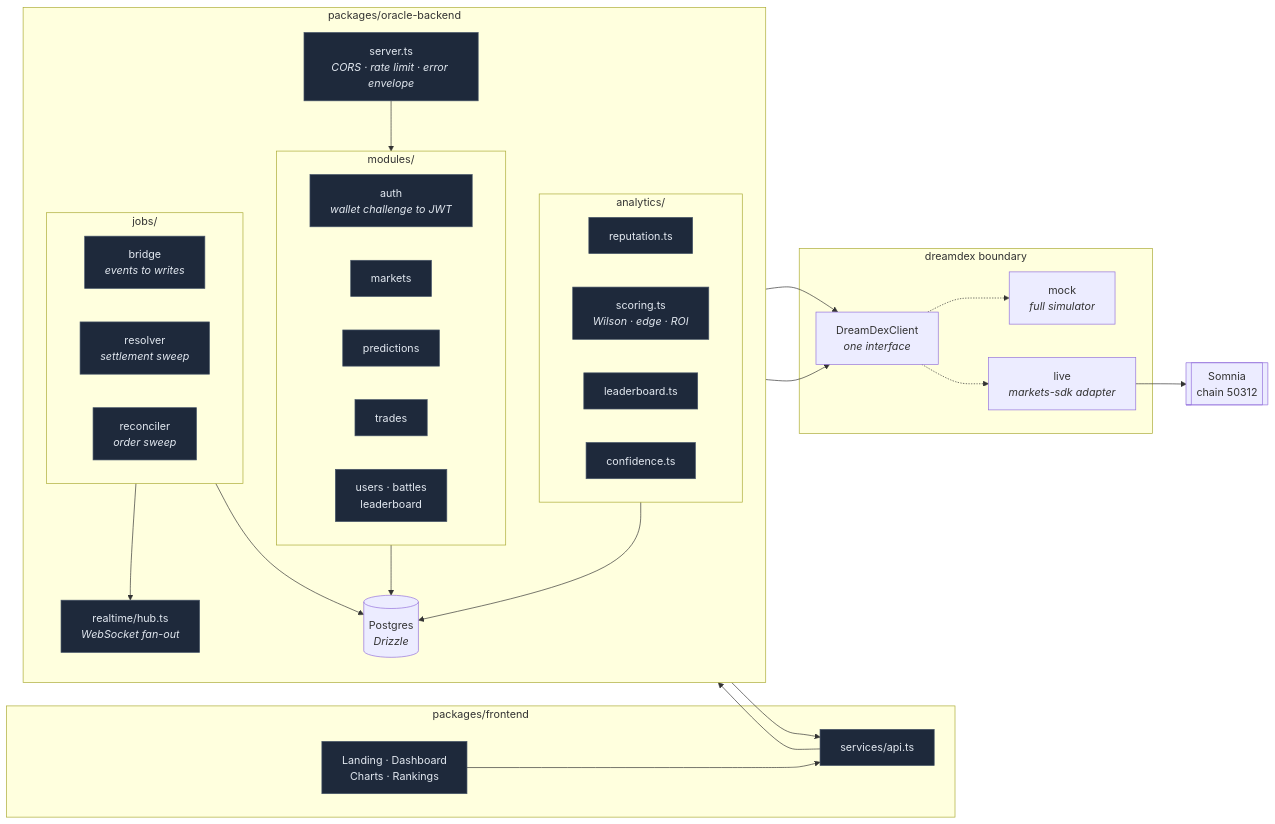
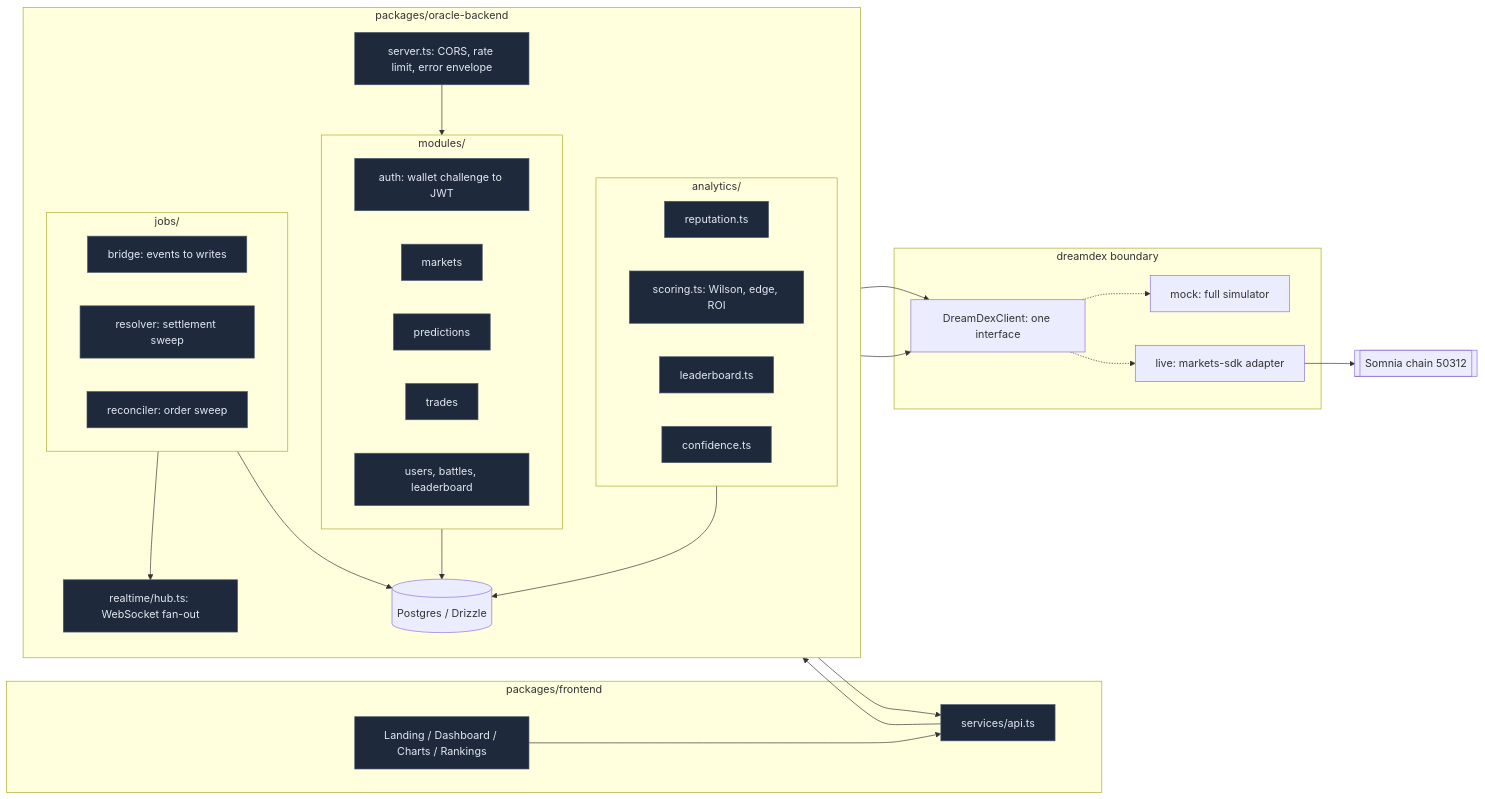
One commit to midexol/Oracle changed the second of 9 diagrams in docs/architecture.md. Above: the diagram before and after it, drawn with Mermaid. The commit also changed other lines of this file and 4 other files, not shown here.

Commit message:
Fix Mermaid diagrams rendering across documentation and add dev:frontend script

````diff
--- a/docs/architecture.md
+++ b/docs/architecture.md
@@ -78,56 +78,56 @@
 ```mermaid
-graph LR
+flowchart LR
     subgraph fe["packages/frontend"]
-        UI["Landing · Dashboard<br/>Charts · Rankings"]
+        UI["Landing / Dashboard / Charts / Rankings"]
         APIC["services/api.ts"]
     end
 
     subgraph be["packages/oracle-backend"]
         direction TB
-        HTTP["server.ts<br/><i>CORS · rate limit · error envelope</i>"]
+        HTTP["server.ts: CORS, rate limit, error envelope"]
 
         subgraph mods["modules/"]
-            AUTH["auth<br/><i>wallet challenge to JWT</i>"]
+            AUTH["auth: wallet challenge to JWT"]
             MKT["markets"]
             PRED["predictions"]
             TRD["trades"]
-            USR["users · battles<br/>leaderboard"]
+            USR["users, battles, leaderboard"]
         end
 
         subgraph ana["analytics/"]
             REP["reputation.ts"]
-            SCO["scoring.ts<br/><i>Wilson · edge · ROI</i>"]
+            SCO["scoring.ts: Wilson, edge, ROI"]
             LB["leaderboard.ts"]
             CONF["confidence.ts"]
         end
 
         subgraph jobs["jobs/"]
-            BR["bridge<br/><i>events to writes</i>"]
-            RES["resolver<br/><i>settlement sweep</i>"]
-            RECO["reconciler<br/><i>order sweep</i>"]
+            BR["bridge: events to writes"]
+            RES["resolver: settlement sweep"]
+            RECO["reconciler: order sweep"]
         end
 
-        RT["realtime/hub.ts<br/><i>WebSocket fan-out</i>"]
-        DB[("Postgres<br/><i>Drizzle</i>")]
+        RT["realtime/hub.ts: WebSocket fan-out"]
+        DB[("Postgres / Drizzle")]
     end
 
     subgraph di["dreamdex boundary"]
-        IFACE["DreamDexClient<br/><i>one interface</i>"]
-        MOCK["mock<br/><i>full simulator</i>"]
-        LIVE["live<br/><i>markets-sdk adapter</i>"]
+        IFACE["DreamDexClient: one interface"]
+        MOCK["mock: full simulator"]
+        LIVE["live: markets-sdk adapter"]
     end
 
     UI --> APIC --> HTTP --> mods
     mods --> DB
     jobs --> DB
     ana --> DB
     jobs --> RT --> APIC
     mods --> IFACE
     jobs --> IFACE
     IFACE -.-> MOCK
     IFACE -.-> LIVE
-    LIVE --> CHAIN[["Somnia<br/>chain 50312"]]
+    LIVE --> CHAIN[["Somnia chain 50312"]]
 
     classDef box fill:#1e293b,stroke:#475569,color:#e2e8f0
     class UI,APIC,HTTP,AUTH,MKT,PRED,TRD,USR,REP,SCO,LB,CONF,BR,RES,RECO,RT box
 ```
````
